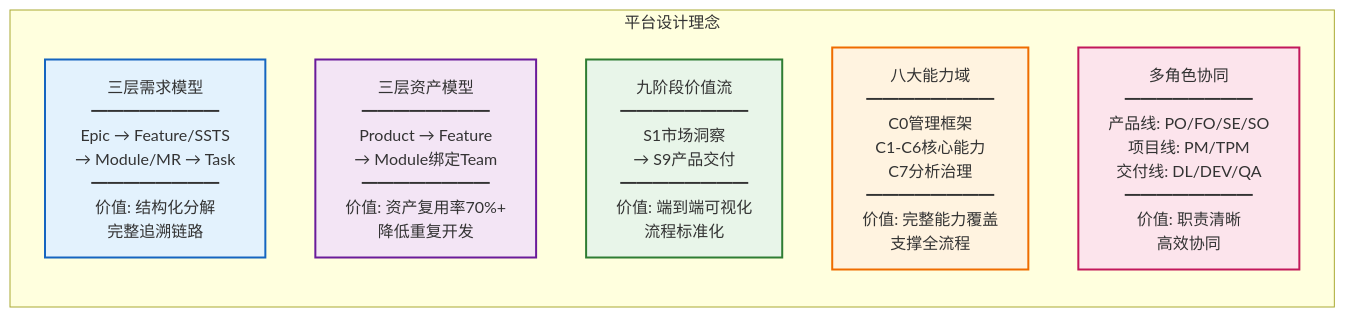
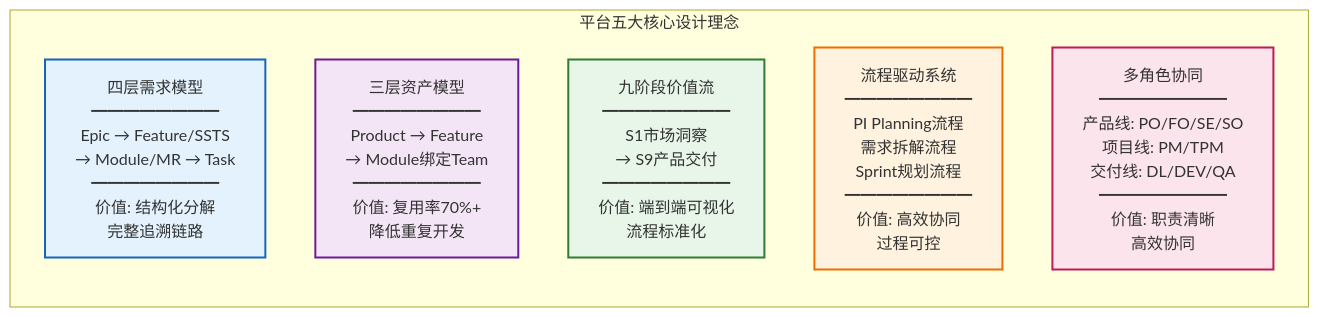
One commit to zjx-immersion/auto-rd-platform-prototype changed the eighth of 30 diagrams in platform-design/AUTO_RD_PLATFORM_DESIGN_MERMAID.md. Above: the diagram before and after it, drawn with Mermaid. The commit also changed other lines of this file, not shown here.

````diff
--- a/platform-design/AUTO_RD_PLATFORM_DESIGN_MERMAID.md
+++ b/platform-design/AUTO_RD_PLATFORM_DESIGN_MERMAID.md
@@ -320,20 +337,20 @@
 ```mermaid
 graph LR
-    subgraph Design["平台设计理念"]
-        D1[三层需求模型<br/>━━━━━━━━<br/>Epic → Feature/SSTS<br/>→ Module/MR → Task<br/>━━━━━━━━<br/>价值: 结构化分解<br/>完整追溯链路]
+    subgraph Design["平台五大核心设计理念"]
+        D1[四层需求模型<br/>━━━━━━━━<br/>Epic → Feature/SSTS<br/>→ Module/MR → Task<br/>━━━━━━━━<br/>价值: 结构化分解<br/>完整追溯链路]
 
-        D2[三层资产模型<br/>━━━━━━━━<br/>Product → Feature<br/>→ Module绑定Team<br/>━━━━━━━━<br/>价值: 资产复用率70%+<br/>降低重复开发]
+        D2[三层资产模型<br/>━━━━━━━━<br/>Product → Feature<br/>→ Module绑定Team<br/>━━━━━━━━<br/>价值: 复用率70%+<br/>降低重复开发]
 
         D3[九阶段价值流<br/>━━━━━━━━<br/>S1市场洞察<br/>→ S9产品交付<br/>━━━━━━━━<br/>价值: 端到端可视化<br/>流程标准化]
 
-        D4[八大能力域<br/>━━━━━━━━<br/>C0管理框架<br/>C1-C6核心能力<br/>C7分析治理<br/>━━━━━━━━<br/>价值: 完整能力覆盖<br/>支撑全流程]
+        D4[流程驱动系统<br/>━━━━━━━━<br/>PI Planning流程<br/>需求拆解流程<br/>Sprint规划流程<br/>━━━━━━━━<br/>价值: 高效协同<br/>过程可控]
 
         D5[多角色协同<br/>━━━━━━━━<br/>产品线: PO/FO/SE/SO<br/>项目线: PM/TPM<br/>交付线: DL/DEV/QA<br/>━━━━━━━━<br/>价值: 职责清晰<br/>高效协同]
     end
 
     style D1 fill:#e3f2fd,stroke:#1565c0,stroke-width:2px
     style D2 fill:#f3e5f5,stroke:#6a1b9a,stroke-width:2px
     style D3 fill:#e8f5e9,stroke:#2e7d32,stroke-width:2px
     style D4 fill:#fff3e0,stroke:#ef6c00,stroke-width:2px
     style D5 fill:#fce4ec,stroke:#c2185b,stroke-width:2px
 ```
````
